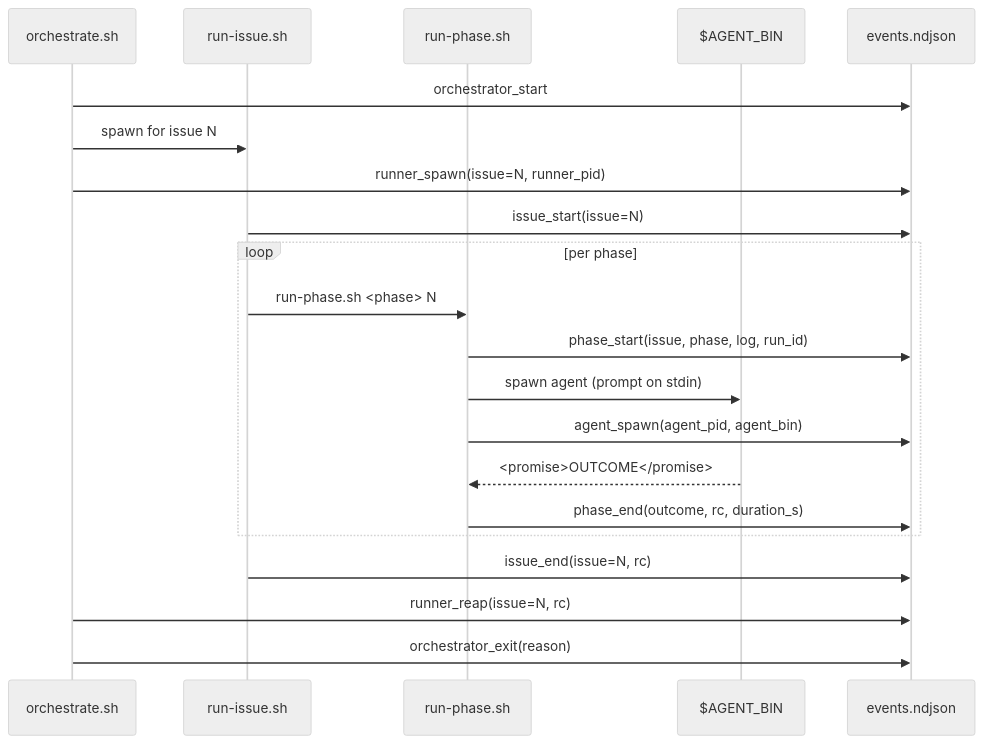
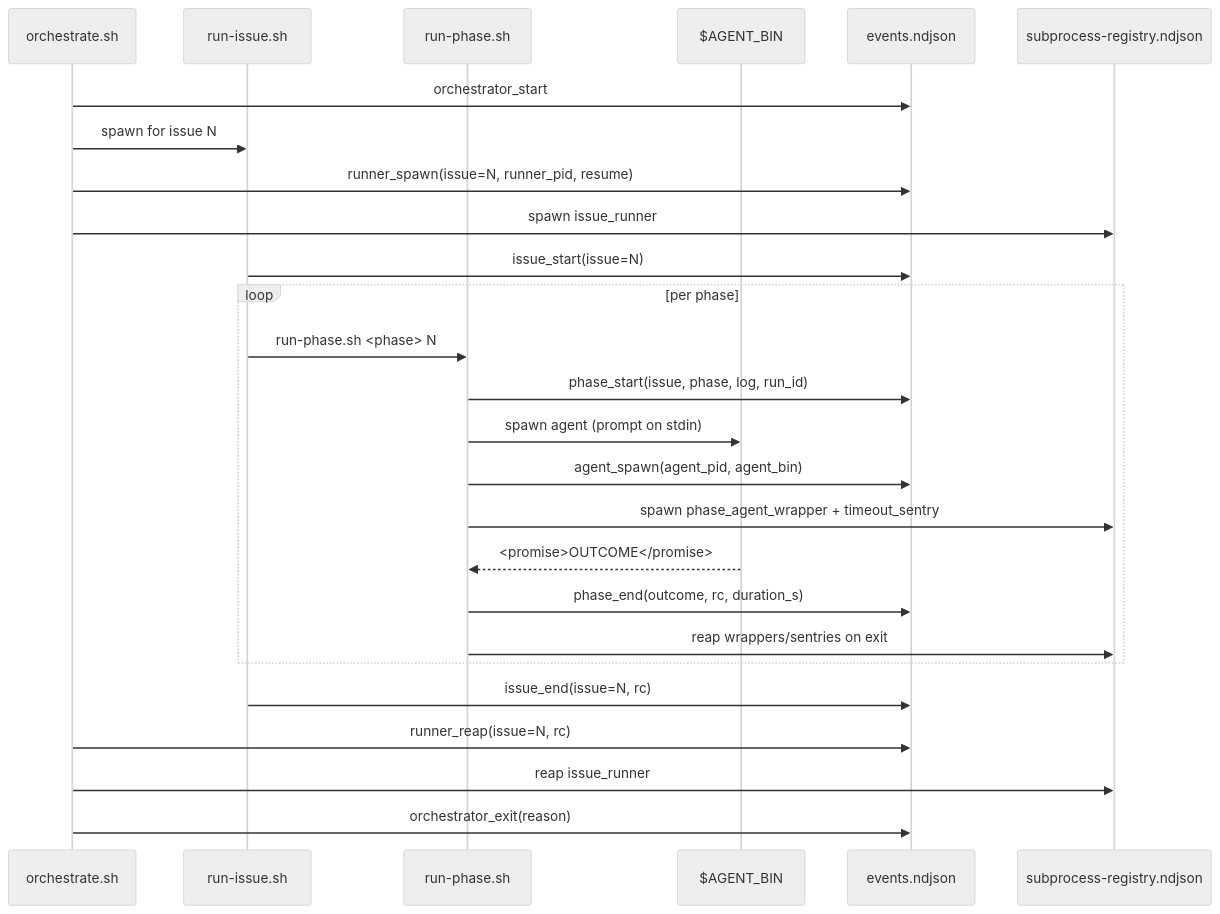
The third of 3 diagrams in docs/DASHBOARD.md (Mo-Tamim/afk-agent), drawn with Mermaid (neutral theme) before and after one commit. The commit also changed other lines of this file and 15 other files, not shown here.

First line of the commit message:
docs: enhance subprocess registry and auto-resume features in documentation

````diff
--- a/docs/DASHBOARD.md
+++ b/docs/DASHBOARD.md
@@ -185,24 +197,29 @@
 ```mermaid
 sequenceDiagram
   participant O as orchestrate.sh
   participant R as run-issue.sh
   participant P as run-phase.sh
   participant A as $AGENT_BIN
   participant E as events.ndjson
+  participant REG as subprocess-registry.ndjson
 
   O->>E: orchestrator_start
   O->>R: spawn for issue N
-  O->>E: runner_spawn(issue=N, runner_pid)
+  O->>E: runner_spawn(issue=N, runner_pid, resume)
+  O->>REG: spawn issue_runner
   R->>E: issue_start(issue=N)
   loop per phase
     R->>P: run-phase.sh <phase> N
     P->>E: phase_start(issue, phase, log, run_id)
     P->>A: spawn agent (prompt on stdin)
     P->>E: agent_spawn(agent_pid, agent_bin)
+    P->>REG: spawn phase_agent_wrapper + timeout_sentry
     A-->>P: <promise>OUTCOME</promise>
     P->>E: phase_end(outcome, rc, duration_s)
+    P->>REG: reap wrappers/sentries on exit
   end
   R->>E: issue_end(issue=N, rc)
   O->>E: runner_reap(issue=N, rc)
+  O->>REG: reap issue_runner
   O->>E: orchestrator_exit(reason)
 ```
````
